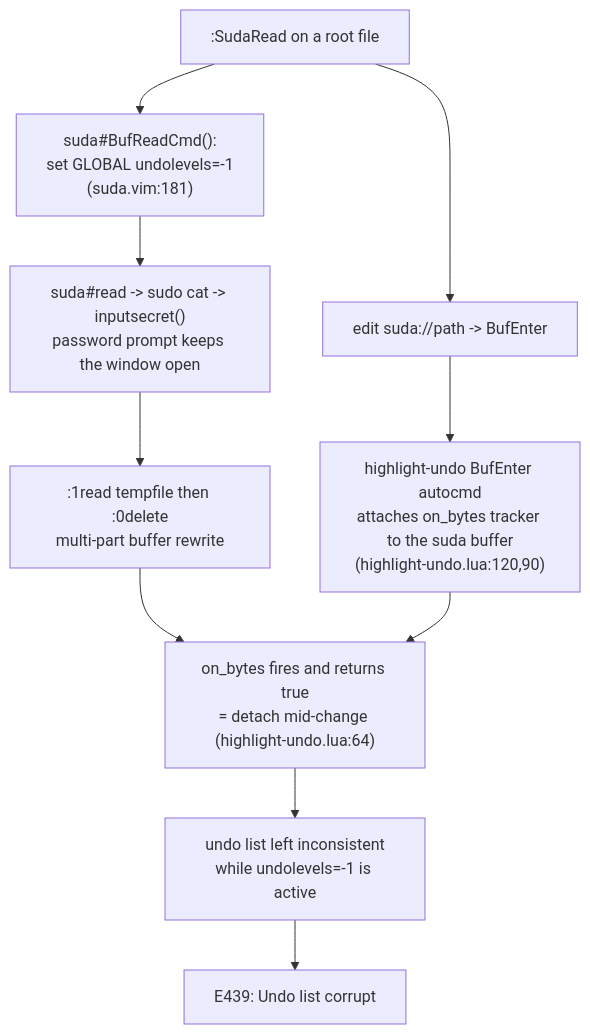
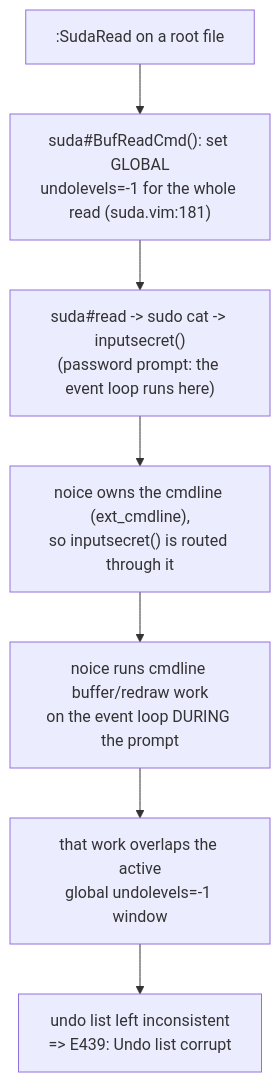
Before and after one commit to techcaotri/lvim-dotfiles: the diagram in docs/LunarVim-New_Problems_And_Solutions.md, drawn with Mermaid. The commit also changed other lines of this file and 1 other file, not shown here.

First line of the commit message:
docs: correct SudaRead E439 root cause to noice; sync noice cmdline change

````diff
--- a/docs/LunarVim-New_Problems_And_Solutions.md
+++ b/docs/LunarVim-New_Problems_And_Solutions.md
@@ -138,12 +145,9 @@
 ```mermaid
 flowchart TD
-    Cmd[":SudaRead on a root file"] --> Edit["edit suda://path -> BufEnter"]
-    Edit --> HU["highlight-undo BufEnter autocmd<br/>attaches on_bytes tracker to the suda buffer<br/>(highlight-undo.lua:120,90)"]
-    Cmd --> BRC["suda#BufReadCmd():<br/>set GLOBAL undolevels=-1<br/>(suda.vim:181)"]
-    BRC --> Prompt["suda#read -> sudo cat -> inputsecret()<br/>password prompt keeps the window open"]
-    Prompt --> Rewrite[":1read tempfile then :0delete<br/>multi-part buffer rewrite"]
-    Rewrite --> Fire["on_bytes fires and returns true<br/>= detach mid-change (highlight-undo.lua:64)"]
-    HU --> Fire
-    Fire --> Corrupt["undo list left inconsistent<br/>while undolevels=-1 is active"]
-    Corrupt --> E439["E439: Undo list corrupt"]
+    Cmd[":SudaRead on a root file"] --> BRC["suda#BufReadCmd(): set GLOBAL<br/>undolevels=-1 for the whole read (suda.vim:181)"]
+    BRC --> Prompt["suda#read -> sudo cat -> inputsecret()<br/>(password prompt: the event loop runs here)"]
+    Prompt --> Noice["noice owns the cmdline (ext_cmdline),<br/>so inputsecret() is routed through it"]
+    Noice --> Work["noice runs cmdline buffer/redraw work<br/>on the event loop DURING the prompt"]
+    Work --> Overlap["that work overlaps the active<br/>global undolevels=-1 window"]
+    Overlap --> E439["undo list left inconsistent<br/>=> E439: Undo list corrupt"]
 ```
````
